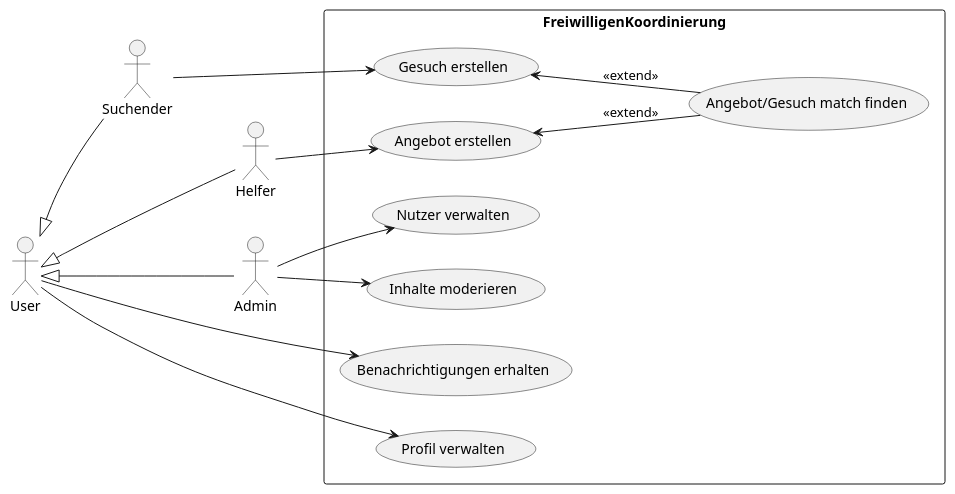
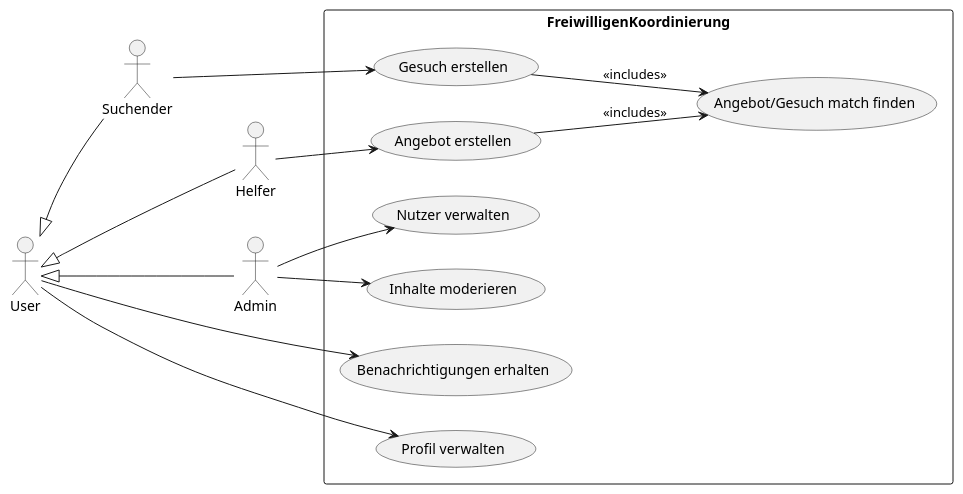
Before and after one commit to pxrzivaldev/TeamProjektUML: the diagram in usecase1.puml, drawn with PlantUML.

```diff
--- a/usecase1.puml
+++ b/usecase1.puml
@@ -1,29 +1,29 @@
 @startuml
 
 :Suchender:
 :Helfer:
 :Admin:
 :User:
 
 User <|-- Suchender
 User <|-- Helfer
 User <|-- Admin
 
 left to right direction
 
 rectangle FreiwilligenKoordinierung {
 
     User --> (Benachrichtigungen erhalten)
     User --> (Profil verwalten)
     Suchender ---> (Gesuch erstellen)
     Helfer --> (Angebot erstellen)
 
-    (Gesuch erstellen) <-- (Angebot/Gesuch match finden):<<extend>>
-    (Angebot erstellen) <-- (Angebot/Gesuch match finden):<<extend>>
+    (Gesuch erstellen) --> (Angebot/Gesuch match finden):<<includes>>
+    (Angebot erstellen) --> (Angebot/Gesuch match finden):<<includes>>
 
     Admin --> (Nutzer verwalten)
     Admin --> (Inhalte moderieren)
 
 }
 
 @enduml
```
